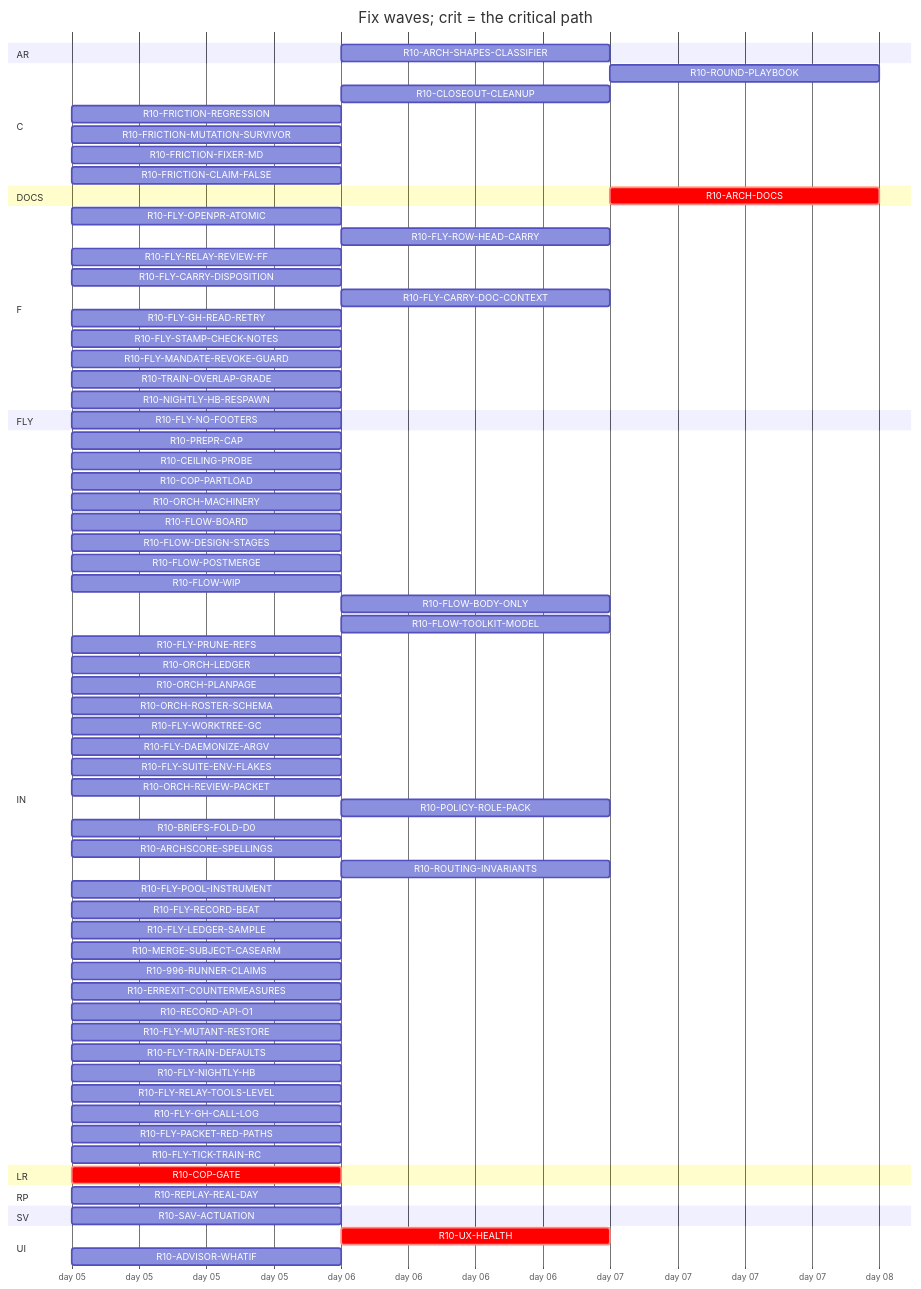
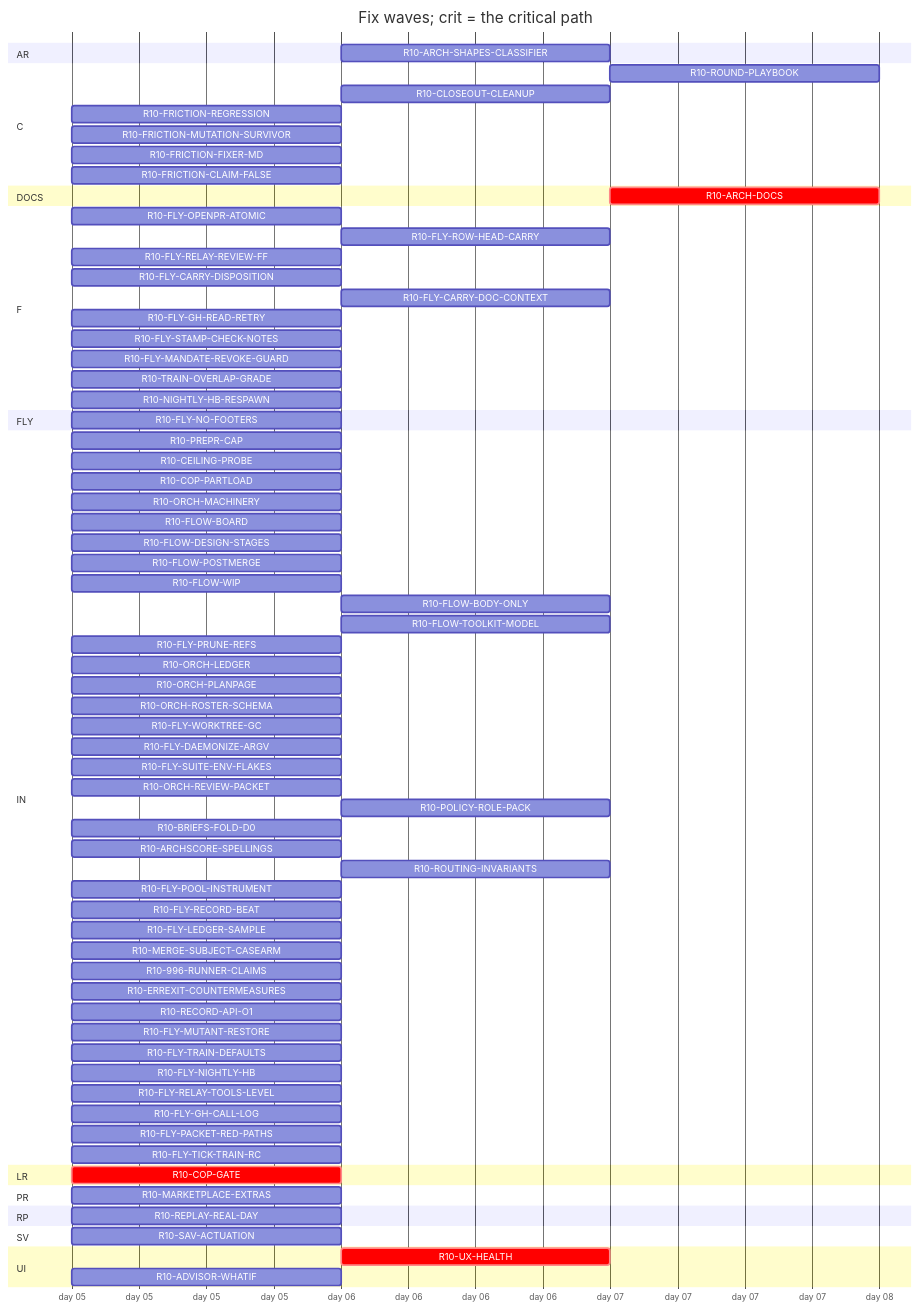
Before and after one commit to tvofi/heatpump_optimizer: the diagram in handoff/round10/state/PLAN-TABLE.md, drawn with Mermaid. The commit also changed other lines of this file and 3 other files, not shown here.

Commit message:
state: FLOW-BOARD.md, NEXT-SESSION-PROMPT.md, PLAN-TABLE.md, RESUME-CURRENT.md regenerated (state_docs.py)

````diff
--- a/handoff/round10/state/PLAN-TABLE.md
+++ b/handoff/round10/state/PLAN-TABLE.md
@@ -23,76 +24,78 @@
 ```mermaid
 gantt
   title Fix waves; crit = the critical path
   dateFormat YYYY-MM-DD
   axisFormat day %d
   section AR
     R10-ARCH-SHAPES-CLASSIFIER :r10ARCHSHAPESCLASSIFIER, after r10996RUNNERCLAIMS, 1d
   section C
     R10-ROUND-PLAYBOOK :r10ROUNDPLAYBOOK, after r10ORCHLEDGER r10ORCHPLANPAGE r10FLYRELAYREVIEWFF r10FLOWBODYONLY, 1d
     R10-CLOSEOUT-CLEANUP :r10CLOSEOUTCLEANUP, after r10FLYPRUNEREFS r10FLYWORKTREEGC, 1d
     R10-FRICTION-REGRESSION :r10FRICTIONREGRESSION, 2026-01-05, 1d
     R10-FRICTION-MUTATION-SURVIVOR :r10FRICTIONMUTATIONSURVIVOR, 2026-01-05, 1d
     R10-FRICTION-FIXER-MD :r10FRICTIONFIXERMD, 2026-01-05, 1d
     R10-FRICTION-CLAIM-FALSE :r10FRICTIONCLAIMFALSE, 2026-01-05, 1d
   section DOCS
     R10-ARCH-DOCS :crit, r10ARCHDOCS, after r10COPGATE r10UXHEALTH r10CEILINGPROBE r10COPPARTLOAD r10FLOWBOARD r10FLOWDESIGNSTAGES r10FLOWPOSTMERGE r10FLOWWIP r10FLOWBODYONLY r10FLYOPENPRATOMIC r10FLYROWHEADCARRY r10FLYRELAYREVIEWFF r10FLYCARRYDISPOSITION r10FLYCARRYDOCCONTEXT r10FLOWTOOLKITMODEL r10FLYSTAMPCHECKNOTES r10FLYMANDATEREVOKEGUARD r10TRAINOVERLAPGRADE r10NIGHTLYHBRESPAWN r10FLYPRUNEREFS r10ORCHLEDGER r10ORCHPLANPAGE r10ORCHROSTERSCHEMA r10FLYWORKTREEGC r10FLYDAEMONIZEARGV r10ORCHREVIEWPACKET r10POLICYROLEPACK r10BRIEFSFOLDD0 r10REPLAYREALDAY r10ARCHSCORESPELLINGS r10SAVACTUATION r10FLYLEDGERSAMPLE, 1d
   section F
     R10-FLY-OPENPR-ATOMIC :r10FLYOPENPRATOMIC, 2026-01-05, 1d
     R10-FLY-ROW-HEAD-CARRY :r10FLYROWHEADCARRY, after r10FLYOPENPRATOMIC, 1d
     R10-FLY-RELAY-REVIEW-FF :r10FLYRELAYREVIEWFF, 2026-01-05, 1d
     R10-FLY-CARRY-DISPOSITION :r10FLYCARRYDISPOSITION, 2026-01-05, 1d
     R10-FLY-CARRY-DOC-CONTEXT :r10FLYCARRYDOCCONTEXT, after r10FLYGHREADRETRY, 1d
     R10-FLY-GH-READ-RETRY :r10FLYGHREADRETRY, 2026-01-05, 1d
     R10-FLY-STAMP-CHECK-NOTES :r10FLYSTAMPCHECKNOTES, 2026-01-05, 1d
     R10-FLY-MANDATE-REVOKE-GUARD :r10FLYMANDATEREVOKEGUARD, 2026-01-05, 1d
     R10-TRAIN-OVERLAP-GRADE :r10TRAINOVERLAPGRADE, 2026-01-05, 1d
     R10-NIGHTLY-HB-RESPAWN :r10NIGHTLYHBRESPAWN, 2026-01-05, 1d
   section FLY
     R10-FLY-NO-FOOTERS :r10FLYNOFOOTERS, 2026-01-05, 1d
   section IN
     R10-PREPR-CAP :r10PREPRCAP, 2026-01-05, 1d
     R10-CEILING-PROBE :r10CEILINGPROBE, 2026-01-05, 1d
     R10-COP-PARTLOAD :r10COPPARTLOAD, 2026-01-05, 1d
     R10-ORCH-MACHINERY :r10ORCHMACHINERY, 2026-01-05, 1d
     R10-FLOW-BOARD :r10FLOWBOARD, 2026-01-05, 1d
     R10-FLOW-DESIGN-STAGES :r10FLOWDESIGNSTAGES, 2026-01-05, 1d
     R10-FLOW-POSTMERGE :r10FLOWPOSTMERGE, 2026-01-05, 1d
     R10-FLOW-WIP :r10FLOWWIP, 2026-01-05, 1d
     R10-FLOW-BODY-ONLY :r10FLOWBODYONLY, after r10FLYOPENPRATOMIC, 1d
     R10-FLOW-TOOLKIT-MODEL :r10FLOWTOOLKITMODEL, after r10ORCHPLANPAGE, 1d
     R10-FLY-PRUNE-REFS :r10FLYPRUNEREFS, 2026-01-05, 1d
     R10-ORCH-LEDGER :r10ORCHLEDGER, 2026-01-05, 1d
     R10-ORCH-PLANPAGE :r10ORCHPLANPAGE, 2026-01-05, 1d
     R10-ORCH-ROSTER-SCHEMA :r10ORCHROSTERSCHEMA, 2026-01-05, 1d
     R10-FLY-WORKTREE-GC :r10FLYWORKTREEGC, 2026-01-05, 1d
     R10-FLY-DAEMONIZE-ARGV :r10FLYDAEMONIZEARGV, 2026-01-05, 1d
     R10-FLY-SUITE-ENV-FLAKES :r10FLYSUITEENVFLAKES, 2026-01-05, 1d
     R10-ORCH-REVIEW-PACKET :r10ORCHREVIEWPACKET, 2026-01-05, 1d
     R10-POLICY-ROLE-PACK :r10POLICYROLEPACK, after r10FLOWDESIGNSTAGES, 1d
     R10-BRIEFS-FOLD-D0 :r10BRIEFSFOLDD0, 2026-01-05, 1d
     R10-ARCHSCORE-SPELLINGS :r10ARCHSCORESPELLINGS, 2026-01-05, 1d
     R10-ROUTING-INVARIANTS :r10ROUTINGINVARIANTS, after r10ORCHROSTERSCHEMA, 1d
     R10-FLY-POOL-INSTRUMENT :r10FLYPOOLINSTRUMENT, 2026-01-05, 1d
     R10-FLY-RECORD-BEAT :r10FLYRECORDBEAT, 2026-01-05, 1d
     R10-FLY-LEDGER-SAMPLE :r10FLYLEDGERSAMPLE, 2026-01-05, 1d
     R10-MERGE-SUBJECT-CASEARM :r10MERGESUBJECTCASEARM, 2026-01-05, 1d
     R10-996-RUNNER-CLAIMS :r10996RUNNERCLAIMS, 2026-01-05, 1d
     R10-ERREXIT-COUNTERMEASURES :r10ERREXITCOUNTERMEASURES, 2026-01-05, 1d
     R10-RECORD-API-O1 :r10RECORDAPIO1, 2026-01-05, 1d
     R10-FLY-MUTANT-RESTORE :r10FLYMUTANTRESTORE, 2026-01-05, 1d
     R10-FLY-TRAIN-DEFAULTS :r10FLYTRAINDEFAULTS, 2026-01-05, 1d
     R10-FLY-NIGHTLY-HB :r10FLYNIGHTLYHB, 2026-01-05, 1d
     R10-FLY-RELAY-TOOLS-LEVEL :r10FLYRELAYTOOLSLEVEL, 2026-01-05, 1d
     R10-FLY-GH-CALL-LOG :r10FLYGHCALLLOG, 2026-01-05, 1d
     R10-FLY-PACKET-RED-PATHS :r10FLYPACKETREDPATHS, 2026-01-05, 1d
     R10-FLY-TICK-TRAIN-RC :r10FLYTICKTRAINRC, 2026-01-05, 1d
   section LR
     R10-COP-GATE :crit, r10COPGATE, 2026-01-05, 1d
+  section PR
+    R10-MARKETPLACE-EXTRAS :r10MARKETPLACEEXTRAS, 2026-01-05, 1d
   section RP
     R10-REPLAY-REAL-DAY :r10REPLAYREALDAY, 2026-01-05, 1d
   section SV
     R10-SAV-ACTUATION :r10SAVACTUATION, 2026-01-05, 1d
   section UI
     R10-UX-HEALTH :crit, r10UXHEALTH, after r10COPGATE, 1d
     R10-ADVISOR-WHATIF :r10ADVISORWHATIF, 2026-01-05, 1d
 ```
````
